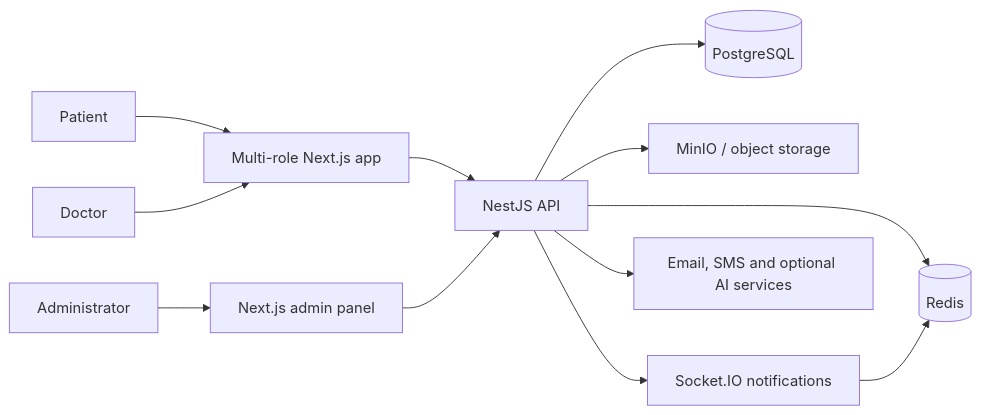
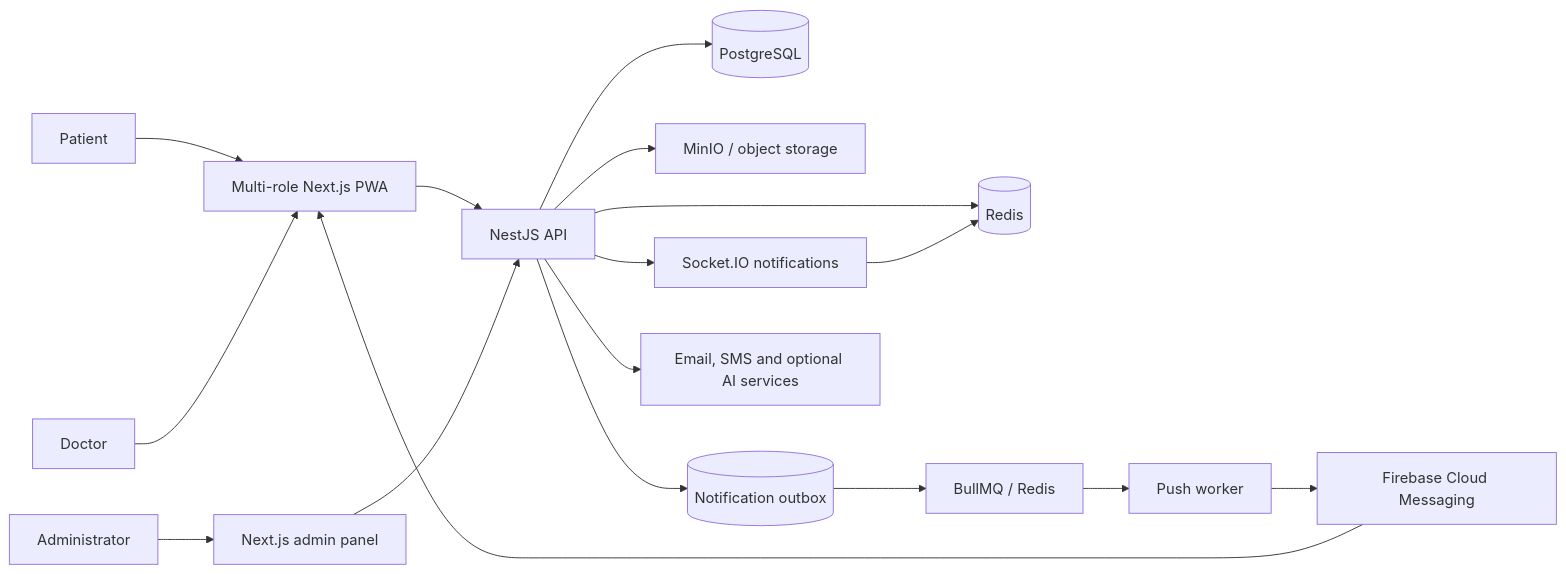
One commit to RaysAndreyRU/rehub-showcase changed the diagram in README.md. Above: the diagram before and after it, drawn with Mermaid. The commit also changed other lines of this file and 6 other files, not shown here.

Commit message:
docs(architecture): add push and PWA case studies

````diff
--- a/README.md
+++ b/README.md
@@ -41,15 +41,20 @@
 ```mermaid
 flowchart LR
-    Patient[Patient] --> Web[Multi-role Next.js app]
+    Patient[Patient] --> Web[Multi-role Next.js PWA]
     Doctor[Doctor] --> Web
     Admin[Administrator] --> AdminUI[Next.js admin panel]
 
     Web --> API[NestJS API]
     AdminUI --> API
     API --> PG[(PostgreSQL)]
     API --> Redis[(Redis)]
     API --> Storage[MinIO / object storage]
     API --> Realtime[Socket.IO notifications]
+    API --> Outbox[(Notification outbox)]
+    Outbox --> Queue[BullMQ / Redis]
+    Queue --> PushWorker[Push worker]
+    PushWorker --> FCM[Firebase Cloud Messaging]
+    FCM --> Web
     API --> External[Email, SMS and optional AI services]
     Realtime --> Redis
 ```
````
